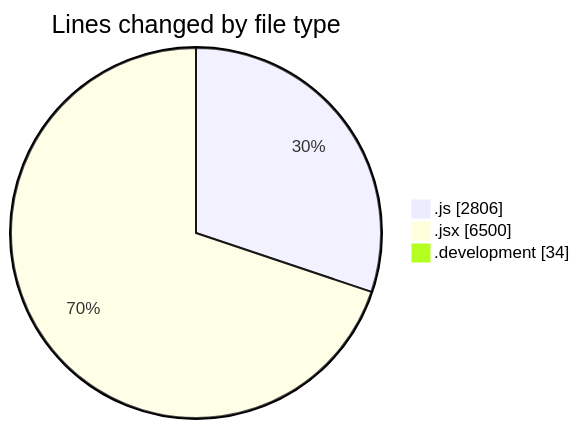
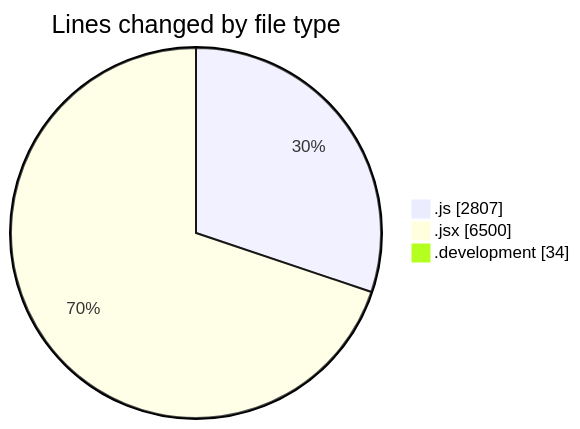
One commit to nxtqubesakshisongat/code-tracking changed the first of 2 diagrams in 2025-09-18/nxtqube_webapp/README.md. Above: the diagram before and after it, drawn with Mermaid. The commit also changed other lines of this file and 1 other file, not shown here.

````diff
--- a/2025-09-18/nxtqube_webapp/README.md
+++ b/2025-09-18/nxtqube_webapp/README.md
@@ -42,7 +42,7 @@
 ```mermaid
 pie showData
 title Lines changed by file type
-".js" : 2806
+".js" : 2807
 ".jsx" : 6500
 ".development" : 34
 ```
````
